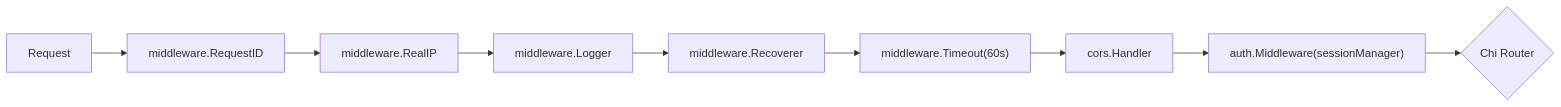
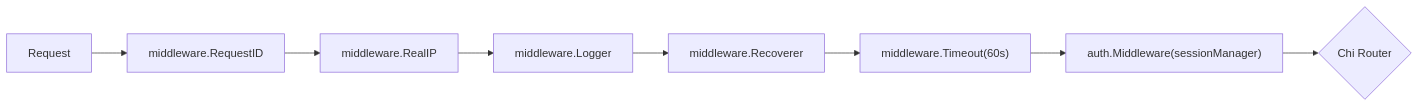
Before and after one commit to Ijon6k/ngumpul-host: the diagram in docs/backend/architecture.md, drawn with Mermaid. The commit also changed other lines of this file and 33 other files, not shown here.

````diff
--- a/docs/backend/architecture.md
+++ b/docs/backend/architecture.md
@@ -67,11 +67,10 @@
 ```mermaid
 graph LR
     Req["Request"] --> ReqID["middleware.RequestID"]
     ReqID --> RealIP["middleware.RealIP"]
     RealIP --> Logger["middleware.Logger"]
     Logger --> Recoverer["middleware.Recoverer"]
     Recoverer --> Timeout["middleware.Timeout(60s)"]
-    Timeout --> CORS["cors.Handler"]
-    CORS --> AuthMid["auth.Middleware(sessionManager)"]
+    Timeout --> AuthMid["auth.Middleware(sessionManager)"]
     AuthMid --> Router{"Chi Router"}
 ```
````
